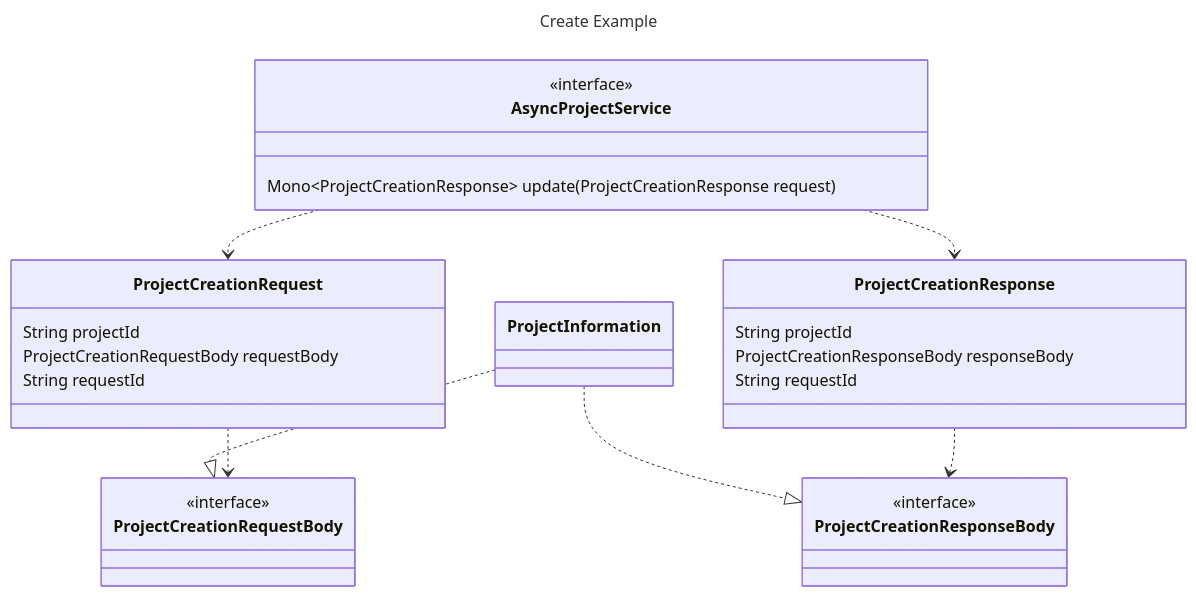
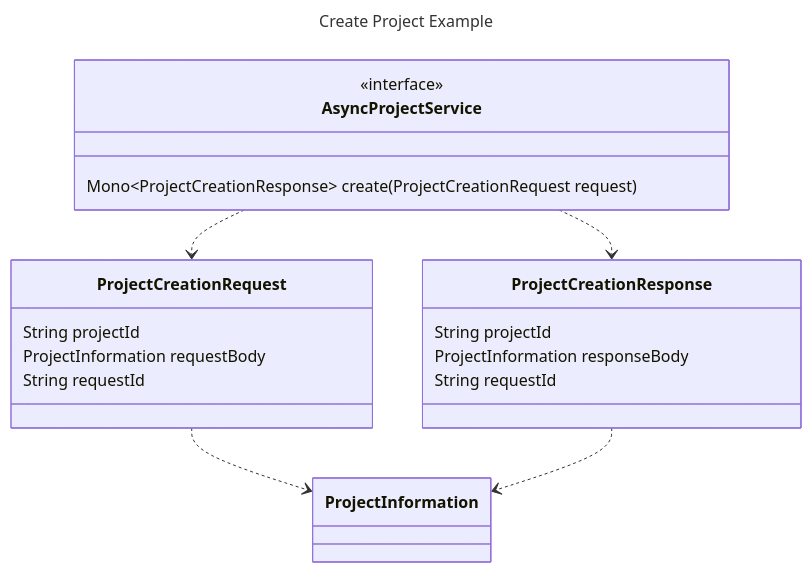
The first of 8 diagrams in service_api.md (qbicsoftware/data-manager-app), drawn with Mermaid before and after one commit. The commit also changed other lines of this file, not shown here.

````diff
--- a/service_api.md
+++ b/service_api.md
@@ -14,45 +34,29 @@
 ```mermaid
 ---
-title: Create Example
+title: Create Project Example
 ---
 classDiagram
     class AsyncProjectService {
-        Mono~ProjectCreationResponse~ update(ProjectCreationResponse request)
+        Mono~ProjectCreationResponse~ create(ProjectCreationRequest request)
     }
     <<interface>> AsyncProjectService
     AsyncProjectService ..> ProjectCreationRequest
     AsyncProjectService ..> ProjectCreationResponse
-    
+
     class ProjectCreationRequest {
         String projectId
-        ProjectCreationRequestBody requestBody
+        ProjectInformation requestBody
         String requestId
     }
-    
+
     class ProjectCreationResponse {
         String projectId
-        ProjectCreationResponseBody responseBody
+        ProjectInformation responseBody
         String requestId
     }
-    
-    class ProjectCreationRequestBody {
-       
-    }
-    <<interface>> ProjectCreationRequestBody
-    
-    class ProjectCreationResponseBody {
-        
-    }
-    <<interface>> ProjectCreationResponseBody
-    
+
     class ProjectInformation
-    
-    ProjectInformation ..|> ProjectCreationRequestBody
-    ProjectInformation ..|> ProjectCreationResponseBody
-  
-    ProjectCreationRequest ..> ProjectCreationRequestBody
-    ProjectCreationResponse ..> ProjectCreationResponseBody
-    
-    
-    
+
+    ProjectCreationRequest ..> ProjectInformation
+    ProjectCreationResponse ..> ProjectInformation
 ```
````
